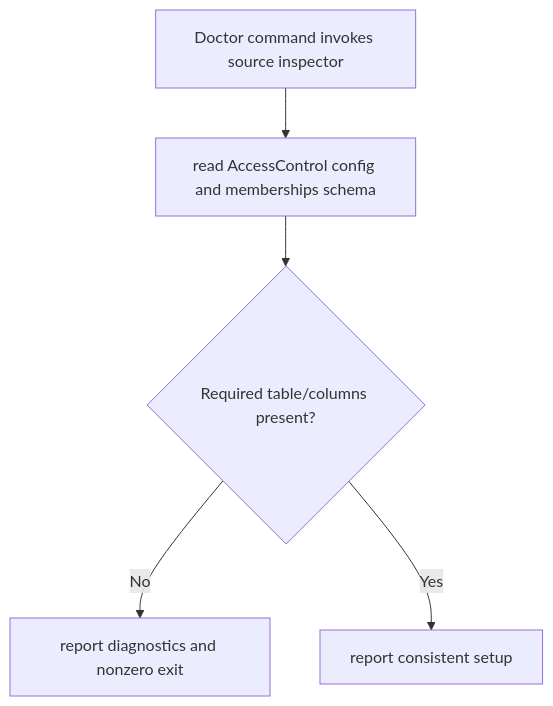
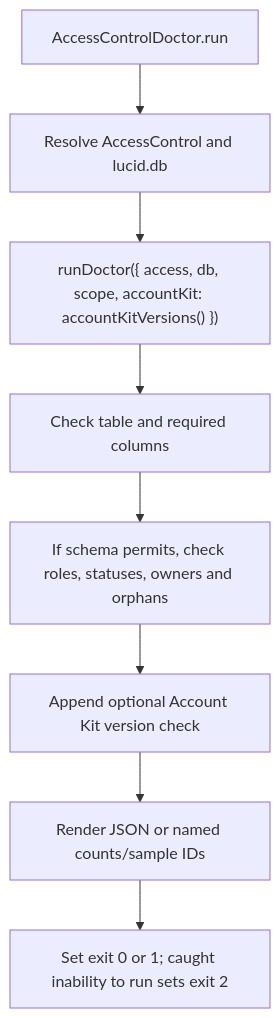
Before and after one commit to Kevinjohn/oss-adonisjs-access-control: the second of 2 diagrams in user-stories/US-ACCESS-22-diagnose-installation.md, drawn with Mermaid. The commit also changed other lines of this file and 6 other files, not shown here.

Commit message:
Reconcile access catalogue diagnostics and transaction boundaries

````diff
--- a/user-stories/US-ACCESS-22-diagnose-installation.md
+++ b/user-stories/US-ACCESS-22-diagnose-installation.md
@@ -30,7 +36,10 @@
 ```mermaid
 flowchart TD
-    A["Doctor command invokes source inspector"] --> B["read AccessControl config and memberships schema"]
-    B --> C{"Required table/columns present?"}
-    C -->|No| D["report diagnostics and nonzero exit"]
-    C -->|Yes| E["report consistent setup"]
+    A["AccessControlDoctor.run"] --> B["Resolve AccessControl and lucid.db"]
+    B --> C["runDoctor({ access, db, scope, accountKit: accountKitVersions() })"]
+    C --> D["Check table and required columns"]
+    D --> E["If schema permits, check roles, statuses, owners and orphans"]
+    E --> F["Append optional Account Kit version check"]
+    F --> G["Render JSON or named counts/sample IDs"]
+    G --> H["Set exit 0 or 1; caught inability to run sets exit 2"]
 ```
````
